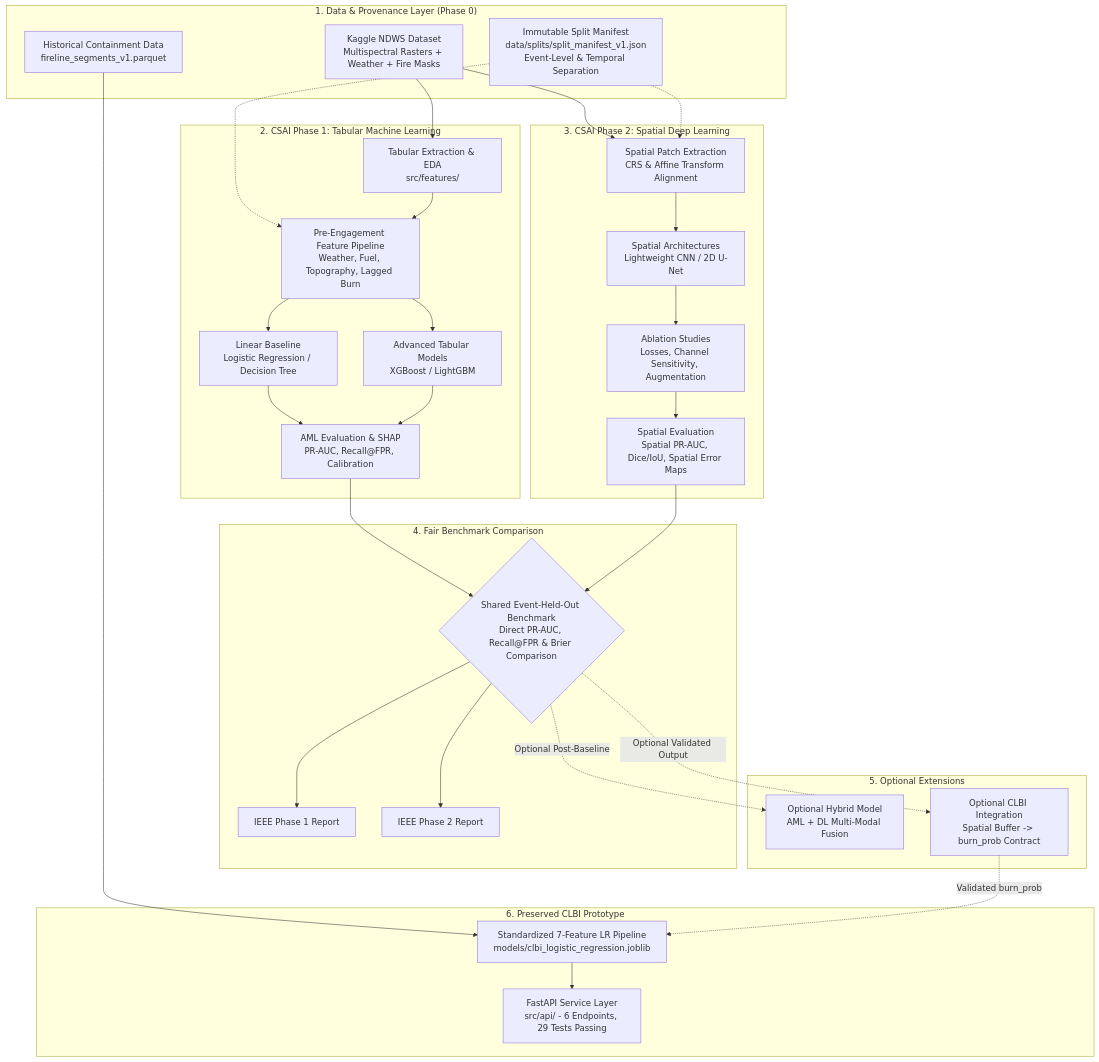
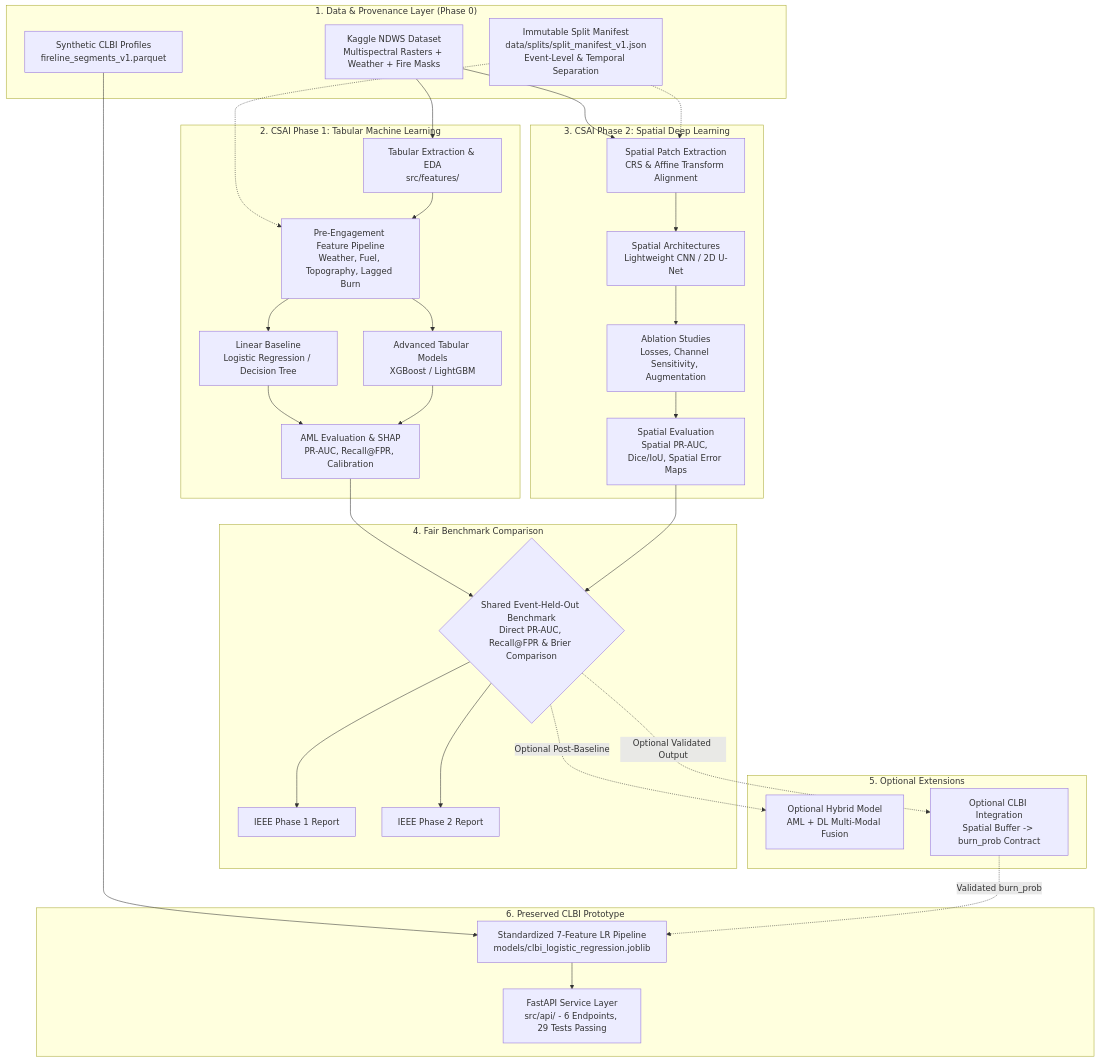
One commit to vedant21-ctr/fireWild changed the diagram in docs/PROJECT_ARCHITECTURE_AND_ROADMAP.md. Above: the diagram before and after it, drawn with Mermaid. The commit also changed other lines of this file and 20 other files, not shown here.

````diff
--- a/docs/PROJECT_ARCHITECTURE_AND_ROADMAP.md
+++ b/docs/PROJECT_ARCHITECTURE_AND_ROADMAP.md
@@ -235,68 +235,68 @@
 ```mermaid
 flowchart TD
     subgraph DataProvenance ["1. Data & Provenance Layer (Phase 0)"]
         NDWS_RAW[Kaggle NDWS Dataset\nMultispectral Rasters + Weather + Fire Masks]
-        CLBI_DATA[Historical Containment Data\nfireline_segments_v1.parquet]
+        CLBI_DATA[Synthetic CLBI Profiles\nfireline_segments_v1.parquet]
         SPLIT_MANIFEST[Immutable Split Manifest\ndata/splits/split_manifest_v1.json\nEvent-Level & Temporal Separation]
     end
 
     subgraph Phase1_AML ["2. CSAI Phase 1: Tabular Machine Learning"]
         EDA[Tabular Extraction & EDA\nsrc/features/]
         FEAT_ENG[Pre-Engagement Feature Pipeline\nWeather, Fuel, Topography, Lagged Burn]
         AML_BASE[Linear Baseline\nLogistic Regression / Decision Tree]
         AML_ADV[Advanced Tabular Models\nXGBoost / LightGBM]
         AML_EVAL[AML Evaluation & SHAP\nPR-AUC, Recall@FPR, Calibration]
     end
 
     subgraph Phase2_DL ["3. CSAI Phase 2: Spatial Deep Learning"]
         GIS_PIPE[Spatial Patch Extraction\nCRS & Affine Transform Alignment]
         DL_MODELS[Spatial Architectures\nLightweight CNN / 2D U-Net]
         DL_ABLATION[Ablation Studies\nLosses, Channel Sensitivity, Augmentation]
         DL_EVAL[Spatial Evaluation\nSpatial PR-AUC, Dice/IoU, Spatial Error Maps]
     end
 
     subgraph FairEvaluation ["4. Fair Benchmark Comparison"]
         GATE{Shared Event-Held-Out Benchmark\nDirect PR-AUC, Recall@FPR & Brier Comparison}
         REPORT_P1[IEEE Phase 1 Report]
         REPORT_P2[IEEE Phase 2 Report]
     end
 
     subgraph OptionalExtensions ["5. Optional Extensions"]
         HYBRID[Optional Hybrid Model\nAML + DL Multi-Modal Fusion]
         CLBI_INTEG[Optional CLBI Integration\nSpatial Buffer -> burn_prob Contract]
     end
 
     subgraph Downstream_CLBI ["6. Preserved CLBI Prototype"]
         CLBI_MODEL[Standardized 7-Feature LR Pipeline\nmodels/clbi_logistic_regression.joblib]
         CLBI_API[FastAPI Service Layer\nsrc/api/ - 6 Endpoints, 29 Tests Passing]
     end
 
     %% Data Connections
     NDWS_RAW --> EDA
     NDWS_RAW --> GIS_PIPE
     SPLIT_MANIFEST -.-> FEAT_ENG
     SPLIT_MANIFEST -.-> GIS_PIPE
 
     EDA --> FEAT_ENG
     FEAT_ENG --> AML_BASE
     FEAT_ENG --> AML_ADV
     AML_BASE --> AML_EVAL
     AML_ADV --> AML_EVAL
 
     GIS_PIPE --> DL_MODELS
     DL_MODELS --> DL_ABLATION
     DL_ABLATION --> DL_EVAL
 
     AML_EVAL --> GATE
     DL_EVAL --> GATE
 
     GATE --> REPORT_P1
     GATE --> REPORT_P2
 
     GATE -.->|Optional Post-Baseline| HYBRID
     GATE -.->|Optional Validated Output| CLBI_INTEG
 
     CLBI_DATA --> CLBI_MODEL
     CLBI_MODEL --> CLBI_API
     CLBI_INTEG -.->|Validated burn_prob| CLBI_MODEL
 ```
````
